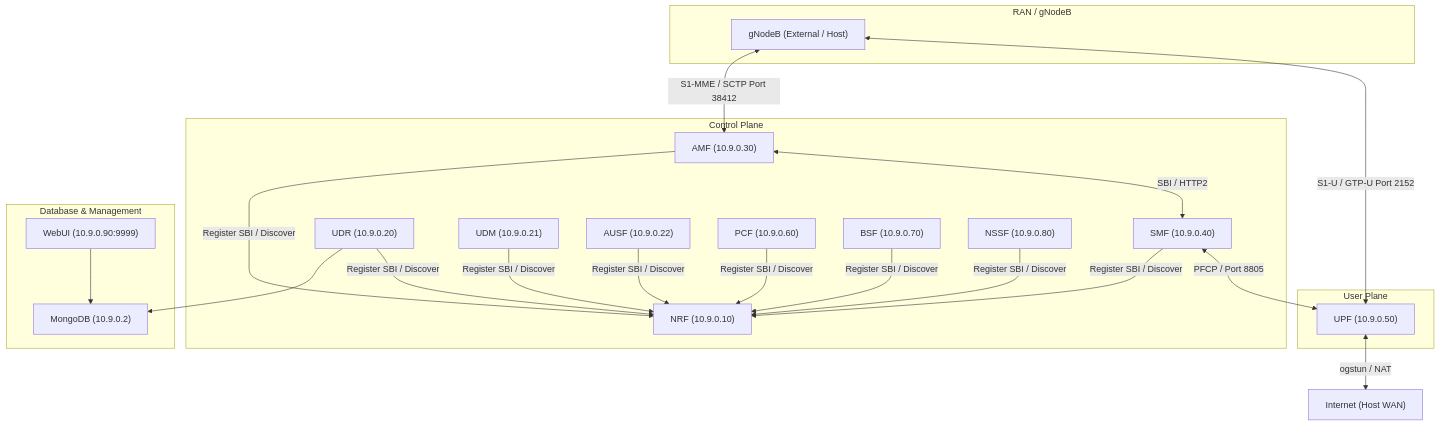
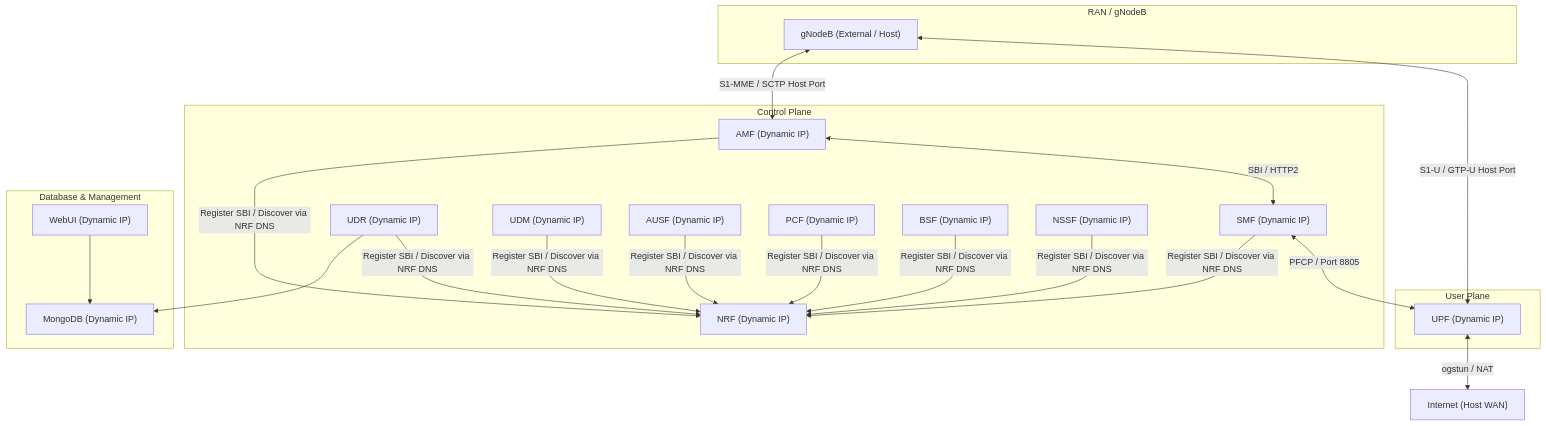
One commit to Nementon/open5gs-deploy changed the diagram in README.md. Above: the diagram before and after it, drawn with Mermaid. The commit also changed other lines of this file and 12 other files, not shown here.

````diff
--- a/README.md
+++ b/README.md
@@ -11,43 +13,43 @@
 ```mermaid
 graph TD
     subgraph Control Plane
-        NRF["NRF (10.9.0.10)"]
-        AMF["AMF (10.9.0.30)"]
-        SMF["SMF (10.9.0.40)"]
-        UDR["UDR (10.9.0.20)"]
-        UDM["UDM (10.9.0.21)"]
-        AUSF["AUSF (10.9.0.22)"]
-        PCF["PCF (10.9.0.60)"]
-        BSF["BSF (10.9.0.70)"]
-        NSSF["NSSF (10.9.0.80)"]
+        NRF["NRF (Dynamic IP)"]
+        AMF["AMF (Dynamic IP)"]
+        SMF["SMF (Dynamic IP)"]
+        UDR["UDR (Dynamic IP)"]
+        UDM["UDM (Dynamic IP)"]
+        AUSF["AUSF (Dynamic IP)"]
+        PCF["PCF (Dynamic IP)"]
+        BSF["BSF (Dynamic IP)"]
+        NSSF["NSSF (Dynamic IP)"]
     end
 
     subgraph Database & Management
-        Mongo["MongoDB (10.9.0.2)"]
-        WebUI["WebUI (10.9.0.90:9999)"]
+        Mongo["MongoDB (Dynamic IP)"]
+        WebUI["WebUI (Dynamic IP)"]
     end
 
     subgraph User Plane
-        UPF["UPF (10.9.0.50)"]
+        UPF["UPF (Dynamic IP)"]
     end
 
     subgraph RAN / gNodeB
         gNB["gNodeB (External / Host)"]
     end
 
     %% Database Connections
     UDR --> Mongo
     WebUI --> Mongo
 
-    %% SBI Registrations & Discovery
-    AMF & SMF & UDR & UDM & AUSF & PCF & BSF & NSSF -->|Register SBI / Discover| NRF
+    %% SBI Registrations & Discovery via DNS
+    AMF & SMF & UDR & UDM & AUSF & PCF & BSF & NSSF -->|Register SBI / Discover via NRF DNS| NRF
 
     %% Control Plane connections
     AMF <-->|SBI / HTTP2| SMF
     SMF <-->|PFCP / Port 8805| UPF
     
     %% User Plane Data path
-    gNB <-->|S1-MME / SCTP Port 38412| AMF
-    gNB <-->|S1-U / GTP-U Port 2152| UPF
+    gNB <-->|S1-MME / SCTP Host Port| AMF
+    gNB <-->|S1-U / GTP-U Host Port| UPF
     UPF <-->|ogstun / NAT| Internet["Internet (Host WAN)"]
 ```
````
